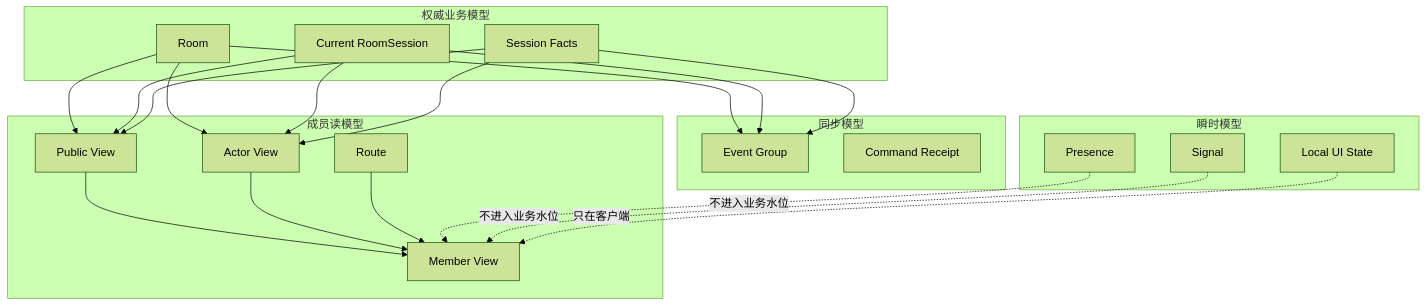
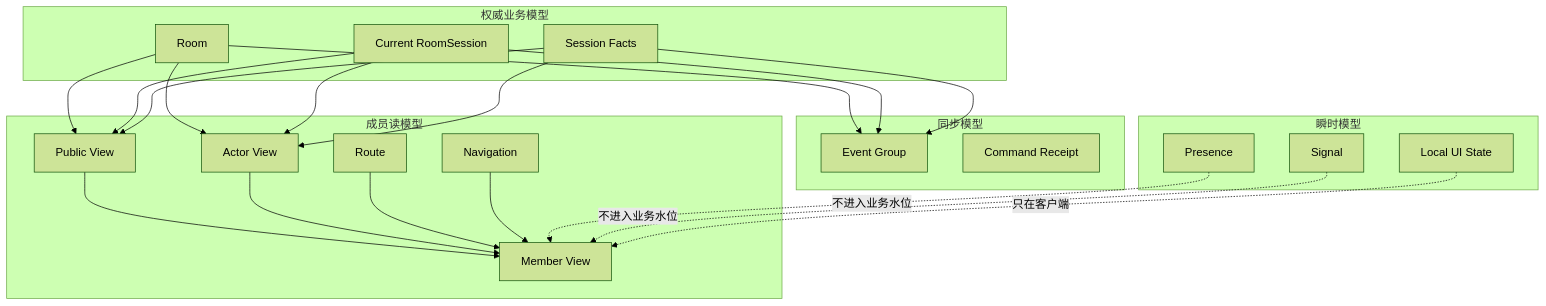
The first of 11 diagrams in docs/ROOM_MODEL_STATE.md (Bubble-419/cardboard-miniprogram), drawn with Mermaid (forest theme) before and after one commit. The commit also changed other lines of this file and 66 other files, not shown here.

````diff
--- a/docs/ROOM_MODEL_STATE.md
+++ b/docs/ROOM_MODEL_STATE.md
@@ -7,42 +7,44 @@
 ```mermaid
 flowchart TB
   subgraph Authority[权威业务模型]
     ROOM[Room]
     SESSION[Current RoomSession]
     FACTS[Session Facts]
   end
 
   subgraph Sync[同步模型]
     EVENT[Event Group]
     RECEIPT[Command Receipt]
   end
 
   subgraph Projection[成员读模型]
     PUBLIC[Public View]
     ACTOR[Actor View]
     ROUTE[Route]
+    NAV[Navigation]
     VIEW[Member View]
   end
 
   subgraph Ephemeral[瞬时模型]
     PRESENCE[Presence]
     SIGNAL[Signal]
     LOCAL[Local UI State]
   end
 
   ROOM --> PUBLIC
   SESSION --> PUBLIC
   FACTS --> PUBLIC
   ROOM --> ACTOR
   SESSION --> ACTOR
   FACTS --> ACTOR
   PUBLIC --> VIEW
   ACTOR --> VIEW
   ROUTE --> VIEW
+  NAV --> VIEW
   ROOM --> EVENT
   SESSION --> EVENT
   FACTS --> EVENT
   PRESENCE -.不进入业务水位.-> VIEW
   SIGNAL -.不进入业务水位.-> VIEW
   LOCAL -.只在客户端.-> VIEW
 ```
````
